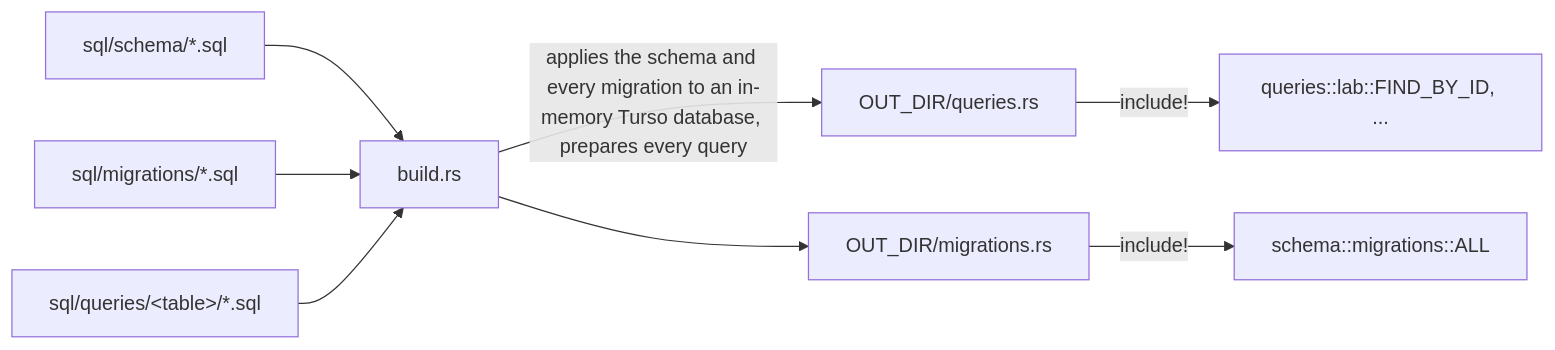
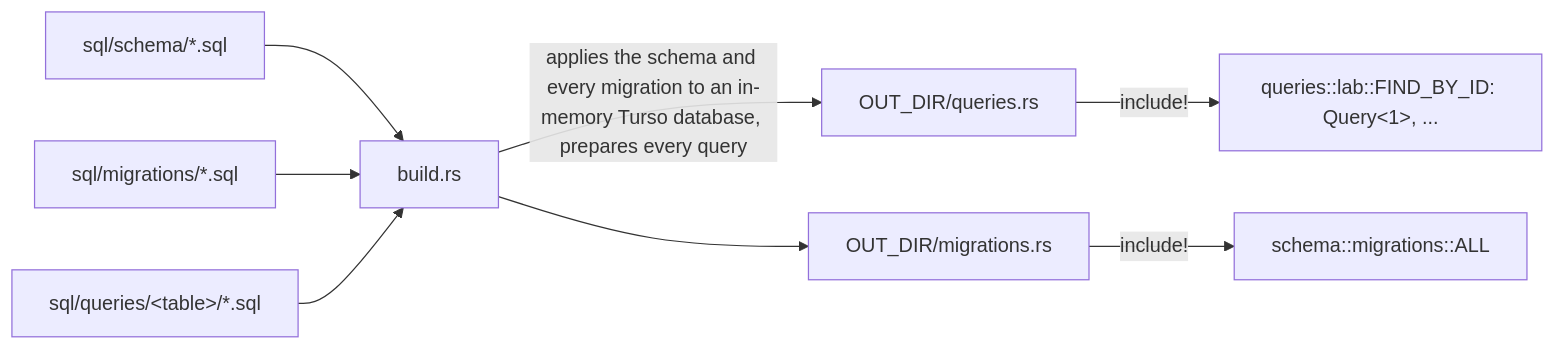
Before and after one commit to bwks/sherpa: the diagram in docs/architecture/DATABASE.md, drawn with Mermaid. The commit also changed other lines of this file and 32 other files, not shown here.

````diff
--- a/docs/architecture/DATABASE.md
+++ b/docs/architecture/DATABASE.md
@@ -67,10 +67,10 @@
 ```mermaid
 flowchart LR
     schema["sql/schema/*.sql"] --> build["build.rs"]
     migrations["sql/migrations/*.sql"] --> build
     queries["sql/queries/&lt;table&gt;/*.sql"] --> build
     build -->|"applies the schema and every migration to an in-memory Turso database, prepares every query"| out["OUT_DIR/queries.rs"]
     build --> mig["OUT_DIR/migrations.rs"]
-    out -->|"include!"| mod["queries::lab::FIND_BY_ID, ..."]
+    out -->|"include!"| mod["queries::lab::FIND_BY_ID: Query&lt;1&gt;, ..."]
     mig -->|"include!"| apply["schema::migrations::ALL"]
 ```
````
